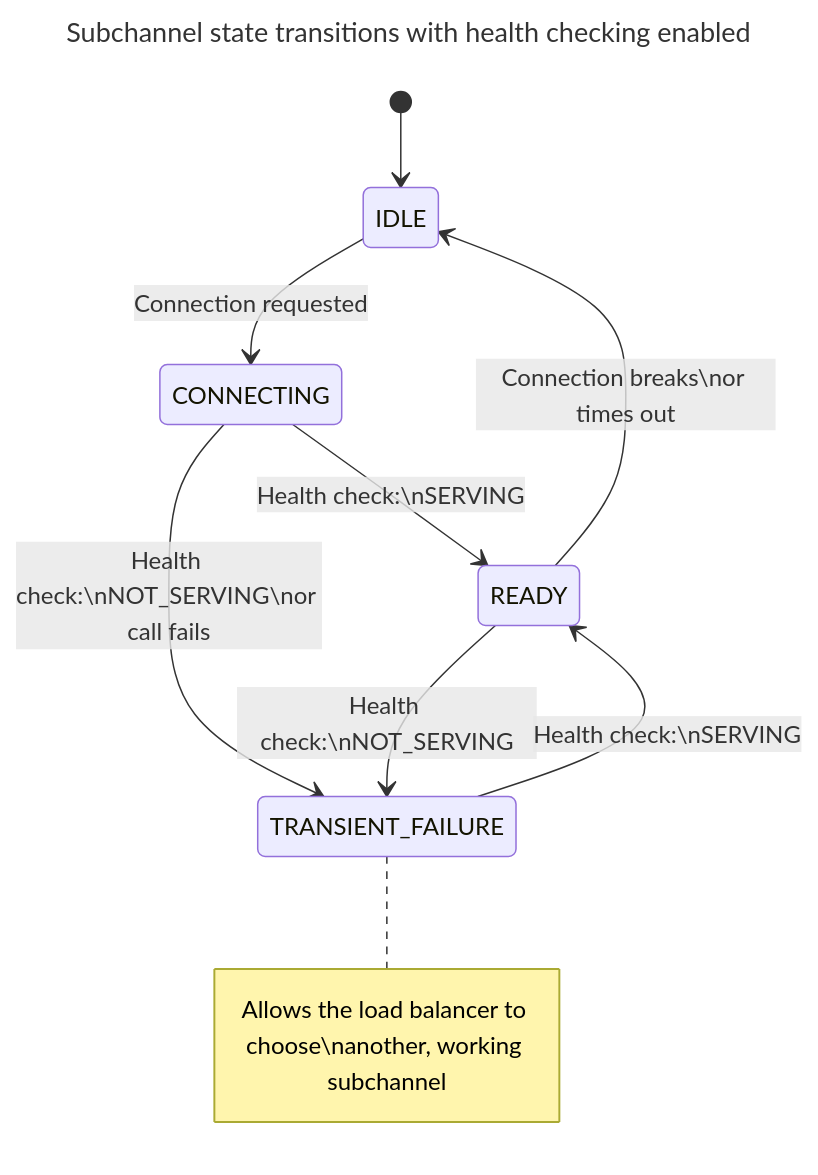
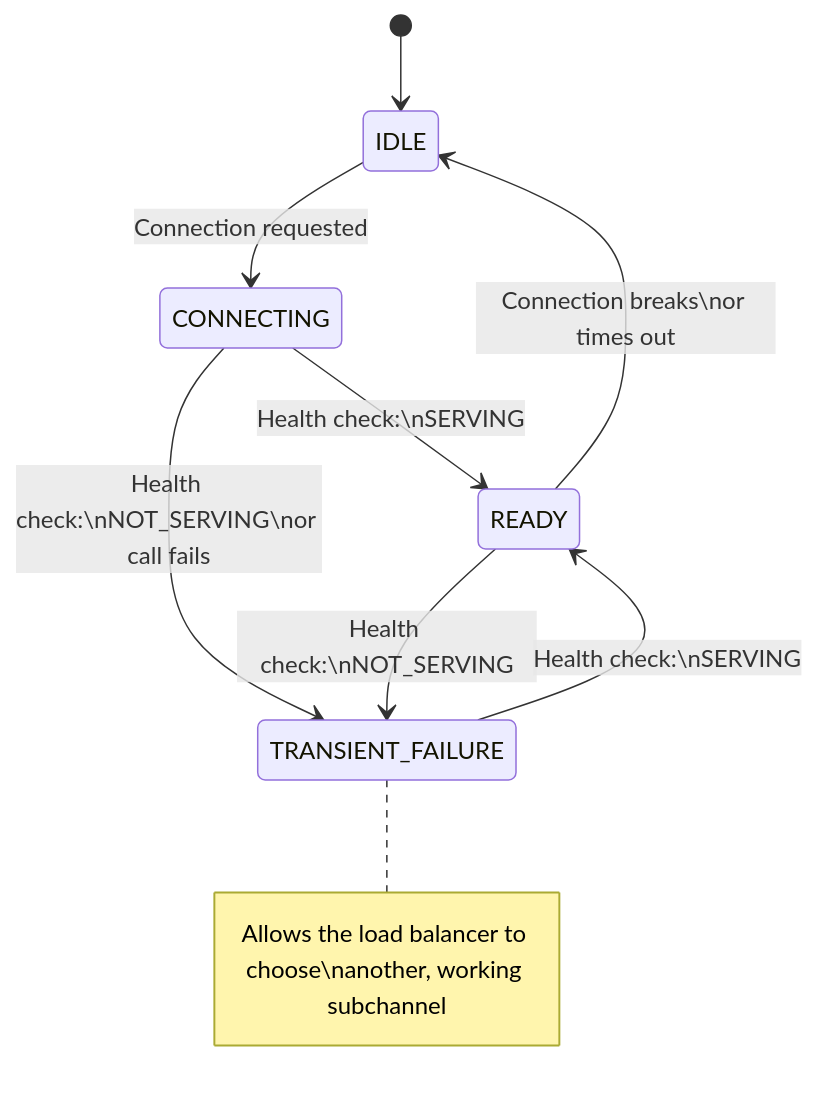
One commit to grpc/grpc.io changed the diagram in content/en/docs/guides/health-checking.md. Above: the diagram before and after it, drawn with Mermaid.

Commit message:
Fixing mermaidjs syntax problem

````diff
--- a/content/en/docs/guides/health-checking.md
+++ b/content/en/docs/guides/health-checking.md
@@ -84,14 +84,11 @@
 ```mermaid
----
-title: Subchannel state transitions with health checking enabled
----
 stateDiagram-v2
     [*] --> IDLE
     IDLE --> CONNECTING : Connection requested
     CONNECTING --> READY : Health check#colon;\nSERVING
     CONNECTING --> TRANSIENT_FAILURE : Health check#colon;\nNOT_SERVING\nor call fails
     READY --> TRANSIENT_FAILURE : Health check#colon;\nNOT_SERVING
     READY --> IDLE : Connection breaks\nor times out
     TRANSIENT_FAILURE --> READY : Health check#colon;\nSERVING
     note right of TRANSIENT_FAILURE : Allows the load balancer to choose\nanother, working subchannel 
 ```
````
